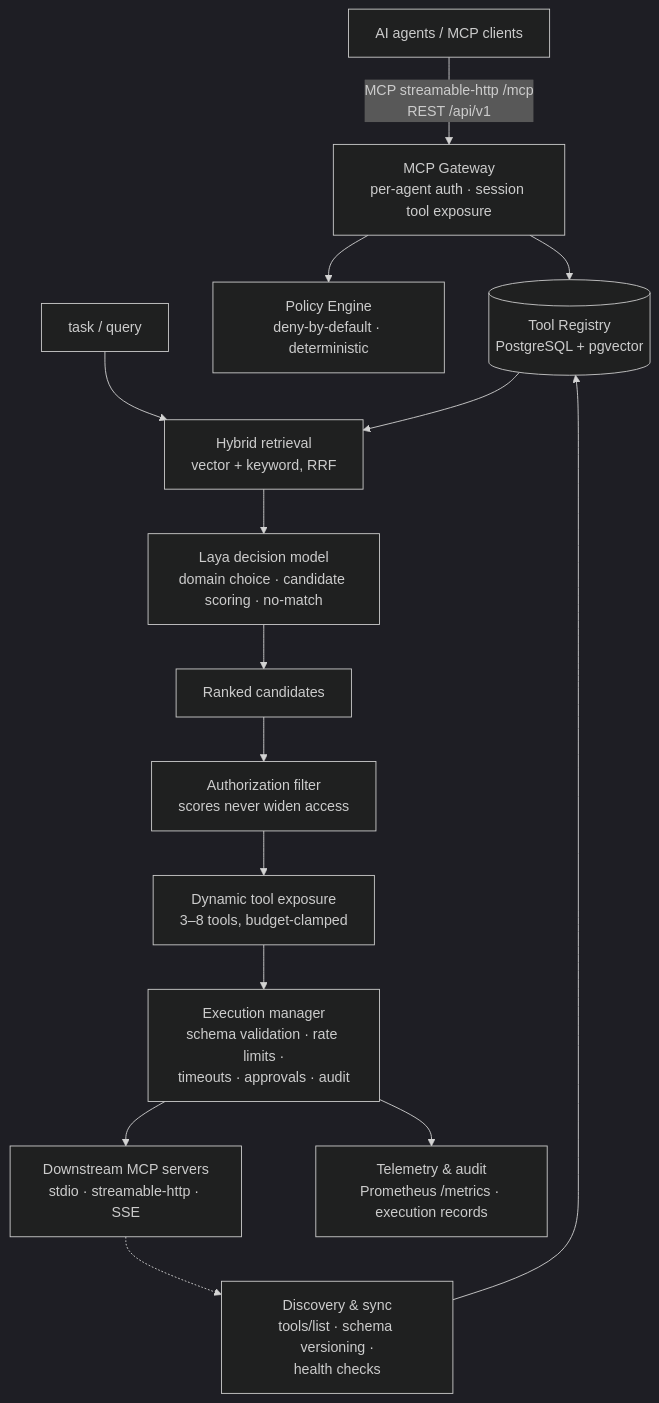
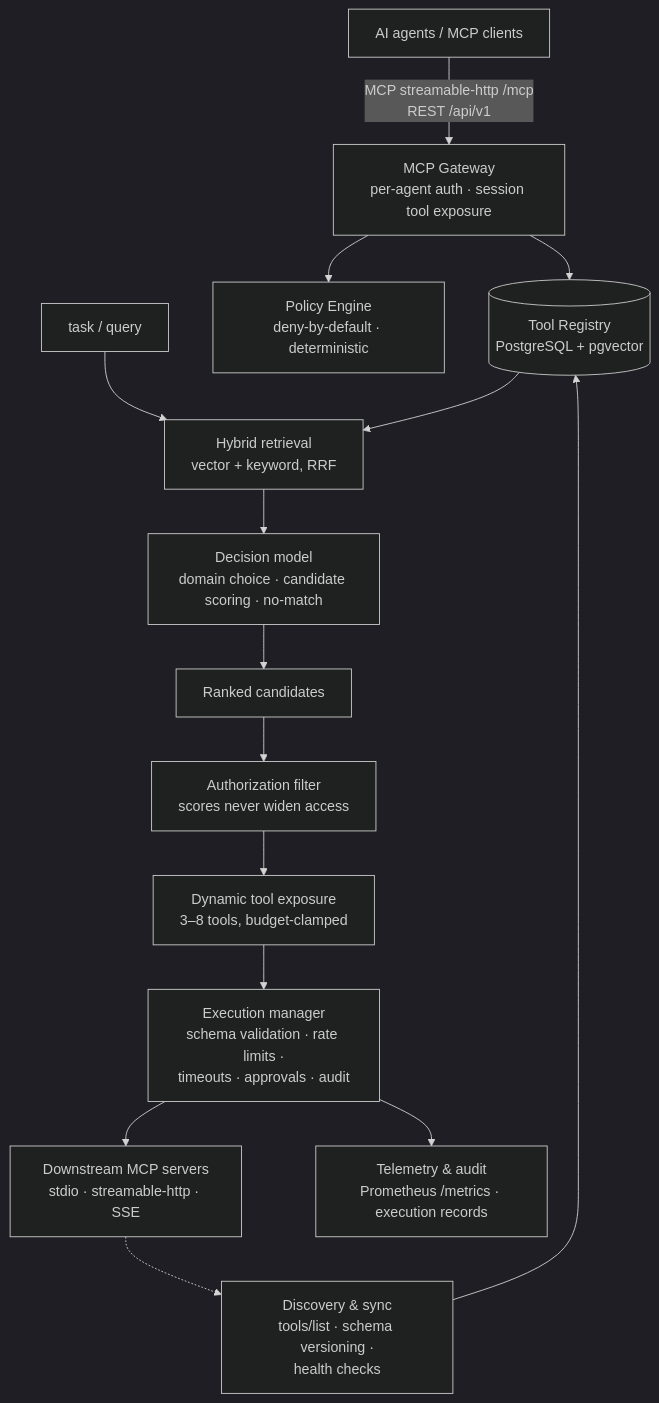
One commit to Amantux/mcp-router changed the first of 2 diagrams in README.md. Above: the diagram before and after it, drawn with Mermaid (dark theme). The commit also changed other lines of this file and 2 other files, not shown here.

````diff
--- a/README.md
+++ b/README.md
@@ -84,17 +88,17 @@
 ```mermaid
 flowchart TD
     A[AI agents / MCP clients] -->|MCP streamable-http /mcp<br/>REST /api/v1| GW[MCP Gateway<br/>per-agent auth · session tool exposure]
     GW --> REG[(Tool Registry<br/>PostgreSQL + pgvector)]
     GW --> POL[Policy Engine<br/>deny-by-default · deterministic]
     Q[task / query] --> RET[Hybrid retrieval<br/>vector + keyword, RRF]
-    RET --> LAYA[Laya decision model<br/>domain choice · candidate scoring · no-match]
+    RET --> LAYA[Decision model<br/>domain choice · candidate scoring · no-match]
     LAYA --> RANK[Ranked candidates]
     RANK --> POL2[Authorization filter<br/>scores never widen access]
     POL2 --> EXP[Dynamic tool exposure<br/>3–8 tools, budget-clamped]
     EXP --> EXEC[Execution manager<br/>schema validation · rate limits ·<br/>timeouts · approvals · audit]
     EXEC --> SRV[Downstream MCP servers<br/>stdio · streamable-http · SSE]
     DISC[Discovery & sync<br/>tools/list · schema versioning ·<br/>health checks] --> REG
     REG --> RET
     SRV -.-> DISC
     EXEC --> TEL[Telemetry & audit<br/>Prometheus /metrics · execution records]
 ```
````
